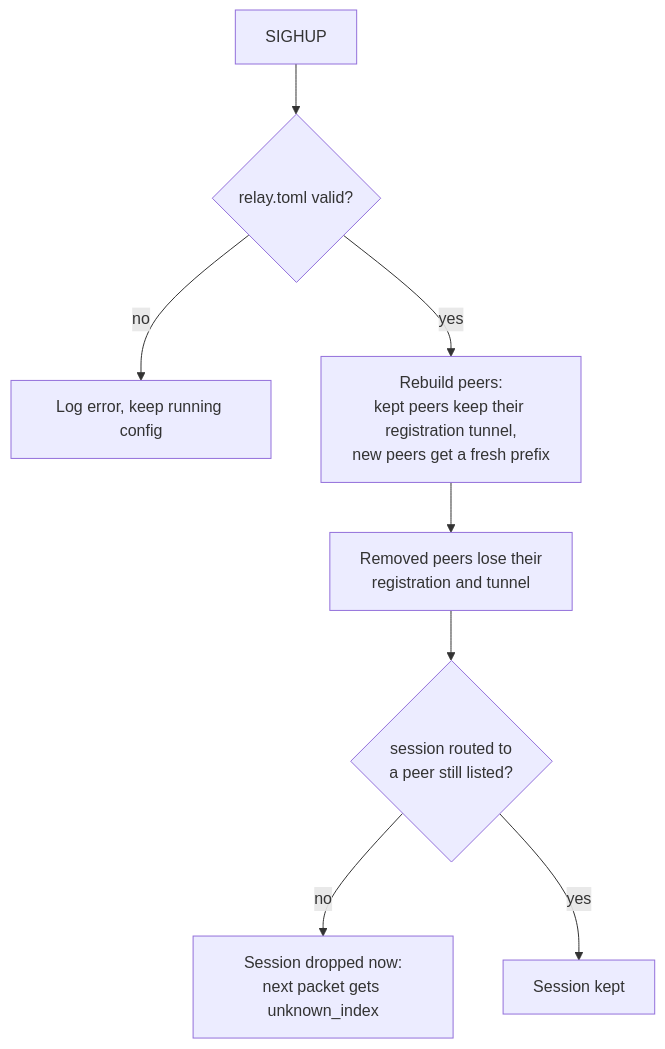
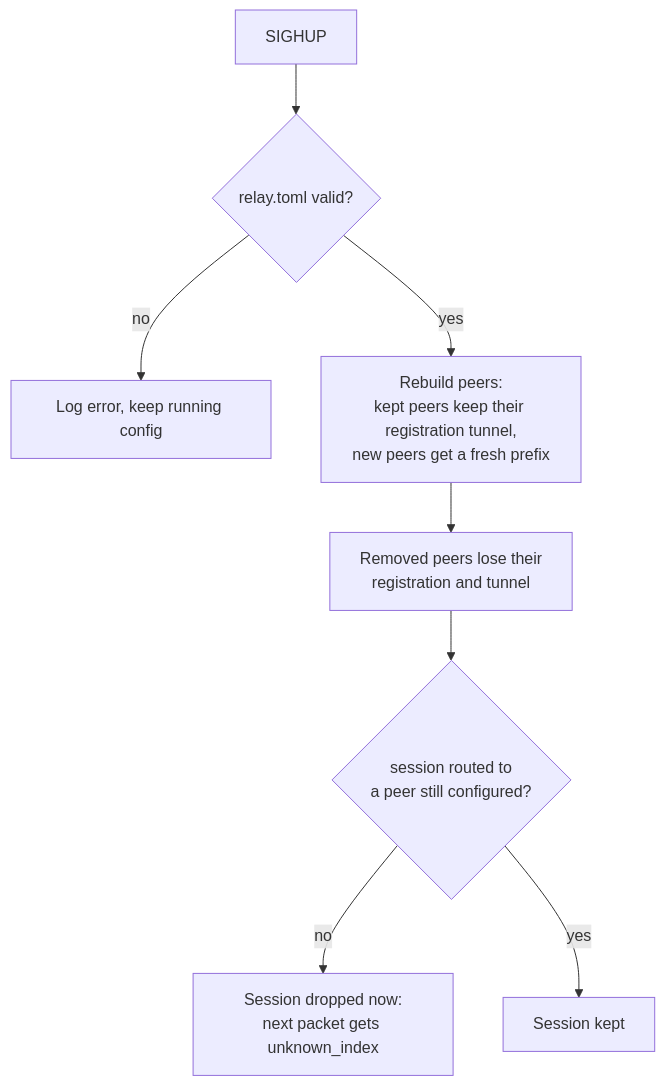
One commit to 3alpha/wg-relay changed diagram 19 of 23 in docs/how-it-works.md. Above: the diagram before and after it, drawn with Mermaid. The commit also changed other lines of this file and 46 other files, not shown here.

````diff
--- a/docs/how-it-works.md
+++ b/docs/how-it-works.md
@@ -670,10 +672,10 @@
 ```mermaid
 flowchart TD
     A["SIGHUP"] --> B{"relay.toml valid?"}
     B -- no --> K["Log error, keep running config"]
     B -- yes --> C["Rebuild peers:<br/>kept peers keep their registration tunnel,<br/>new peers get a fresh prefix"]
     C --> D["Removed peers lose their<br/>registration and tunnel"]
-    D --> G{"session routed to<br/>a peer still listed?"}
+    D --> G{"session routed to<br/>a peer still configured?"}
     G -- no --> H["Session dropped now:<br/>next packet gets unknown_index"]
     G -- yes --> I["Session kept"]
 ```
````
